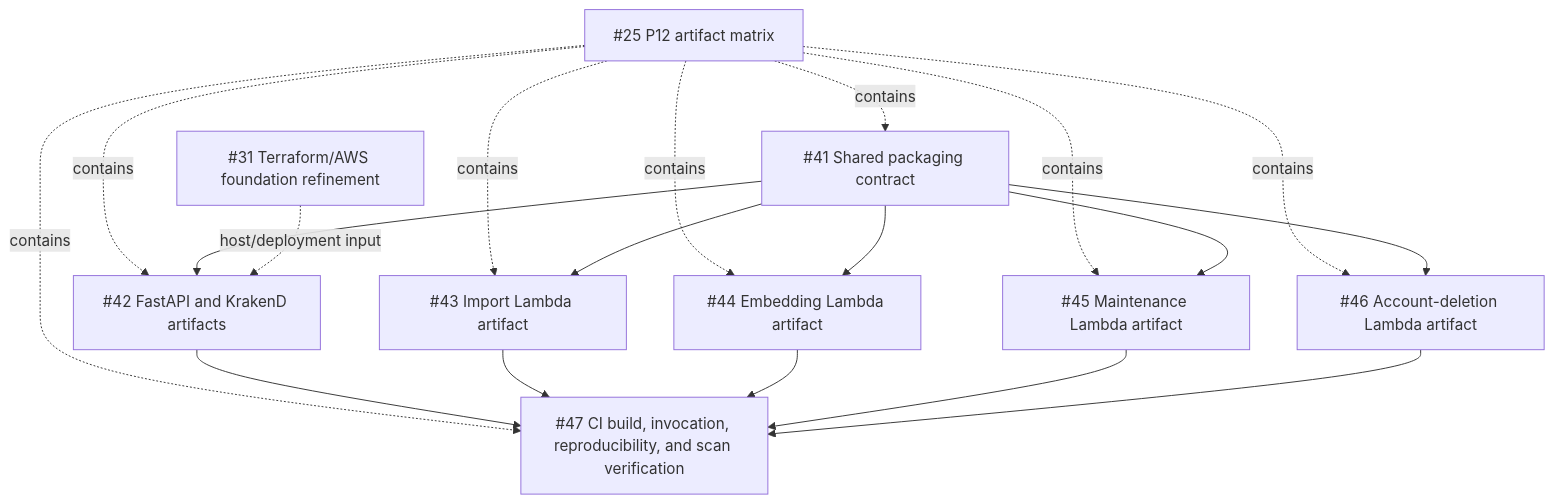
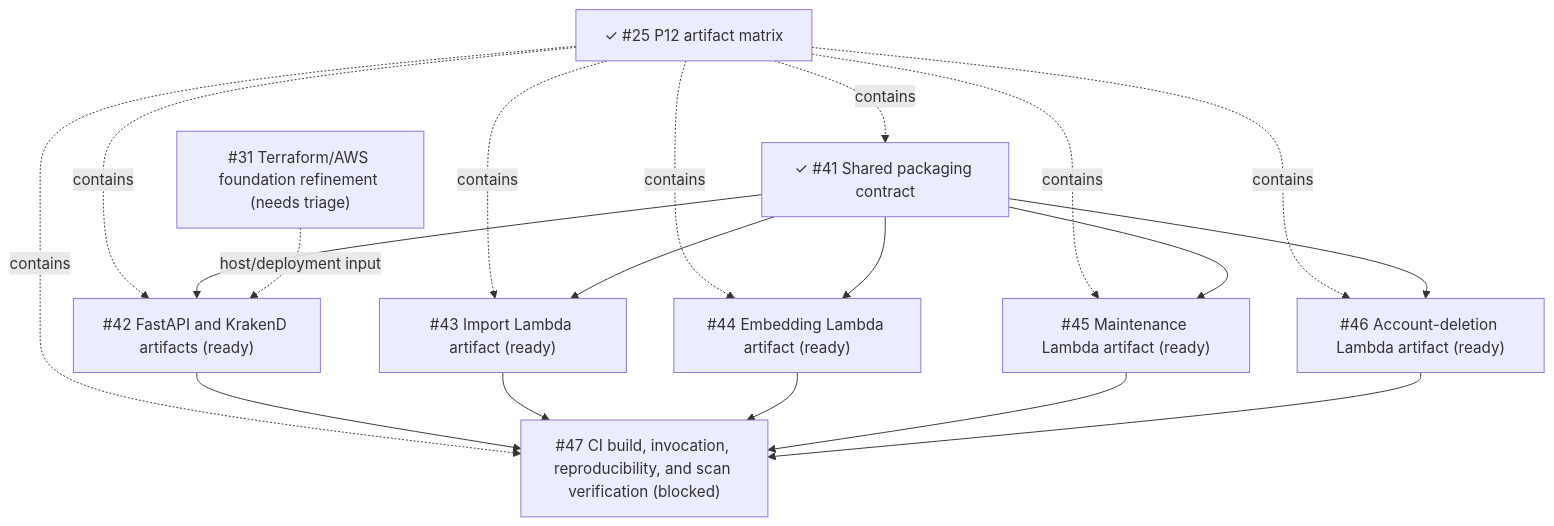
The diagram in docs/specs/2026-08-14-p12-production-artifact-matrix.md (starkovalera/recipe-manager), drawn with Mermaid before and after one commit. The commit also changed other lines of this file and 4 other files, not shown here.

Commit message:
docs: sync roadmap completion statuses (#69)

````diff
--- a/docs/specs/2026-08-14-p12-production-artifact-matrix.md
+++ b/docs/specs/2026-08-14-p12-production-artifact-matrix.md
@@ -255,34 +255,34 @@
 ```mermaid
 flowchart TD
-  p25["#25 P12 artifact matrix"]
-  shared["#41 Shared packaging contract"]
-  api["#42 FastAPI and KrakenD artifacts"]
-  import["#43 Import Lambda artifact"]
-  embedding["#44 Embedding Lambda artifact"]
-  maintenance["#45 Maintenance Lambda artifact"]
-  deletion["#46 Account-deletion Lambda artifact"]
-  ci["#47 CI build, invocation, reproducibility, and scan verification"]
-  infra["#31 Terraform/AWS foundation refinement"]
+  p25["✓ #25 P12 artifact matrix"]
+  shared["✓ #41 Shared packaging contract"]
+  api["#42 FastAPI and KrakenD artifacts (ready)"]
+  import["#43 Import Lambda artifact (ready)"]
+  embedding["#44 Embedding Lambda artifact (ready)"]
+  maintenance["#45 Maintenance Lambda artifact (ready)"]
+  deletion["#46 Account-deletion Lambda artifact (ready)"]
+  ci["#47 CI build, invocation, reproducibility, and scan verification (blocked)"]
+  infra["#31 Terraform/AWS foundation refinement (needs triage)"]
 
   p25 -. contains .-> shared
   p25 -. contains .-> api
   p25 -. contains .-> import
   p25 -. contains .-> embedding
   p25 -. contains .-> maintenance
   p25 -. contains .-> deletion
   p25 -. contains .-> ci
 
   shared --> api
   shared --> import
   shared --> embedding
   shared --> maintenance
   shared --> deletion
 
   api --> ci
   import --> ci
   embedding --> ci
   maintenance --> ci
   deletion --> ci
 
   infra -. host/deployment input .-> api
 ```
````
